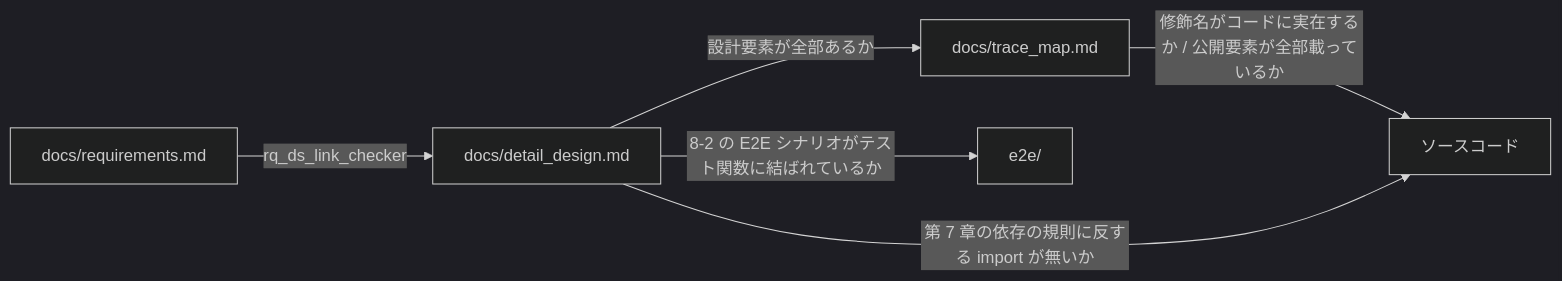
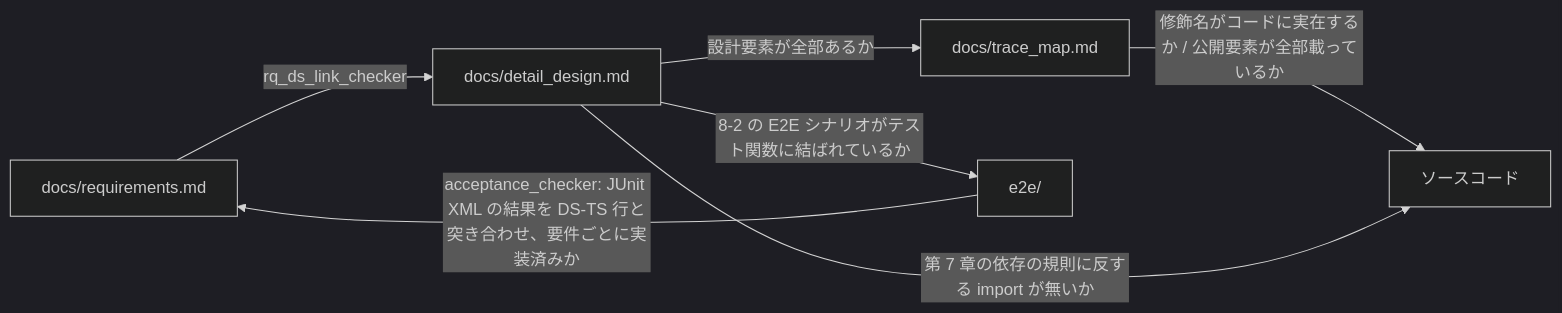
One commit to notfolder/isdd changed the fourth of 4 diagrams in README.md. Above: the diagram before and after it, drawn with Mermaid (dark theme). The commit also changed other lines of this file and 83 other files, not shown here.

````diff
--- a/README.md
+++ b/README.md
@@ -186,8 +201,9 @@
 ```mermaid
 graph LR
     RQ[docs/requirements.md] -->|rq_ds_link_checker| DS[docs/detail_design.md]
     DS -->|設計要素が全部あるか| MAP[docs/trace_map.md]
     MAP -->|修飾名がコードに実在するか / 公開要素が全部載っているか| CODE[ソースコード]
     DS -->|8-2 の E2E シナリオがテスト関数に結ばれているか| E2E[e2e/]
     DS -->|第 7 章の依存の規則に反する import が無いか| CODE
+    E2E -->|acceptance_checker: JUnit XML の結果を DS-TS 行と突き合わせ、要件ごとに実装済みか| RQ
 ```
````
